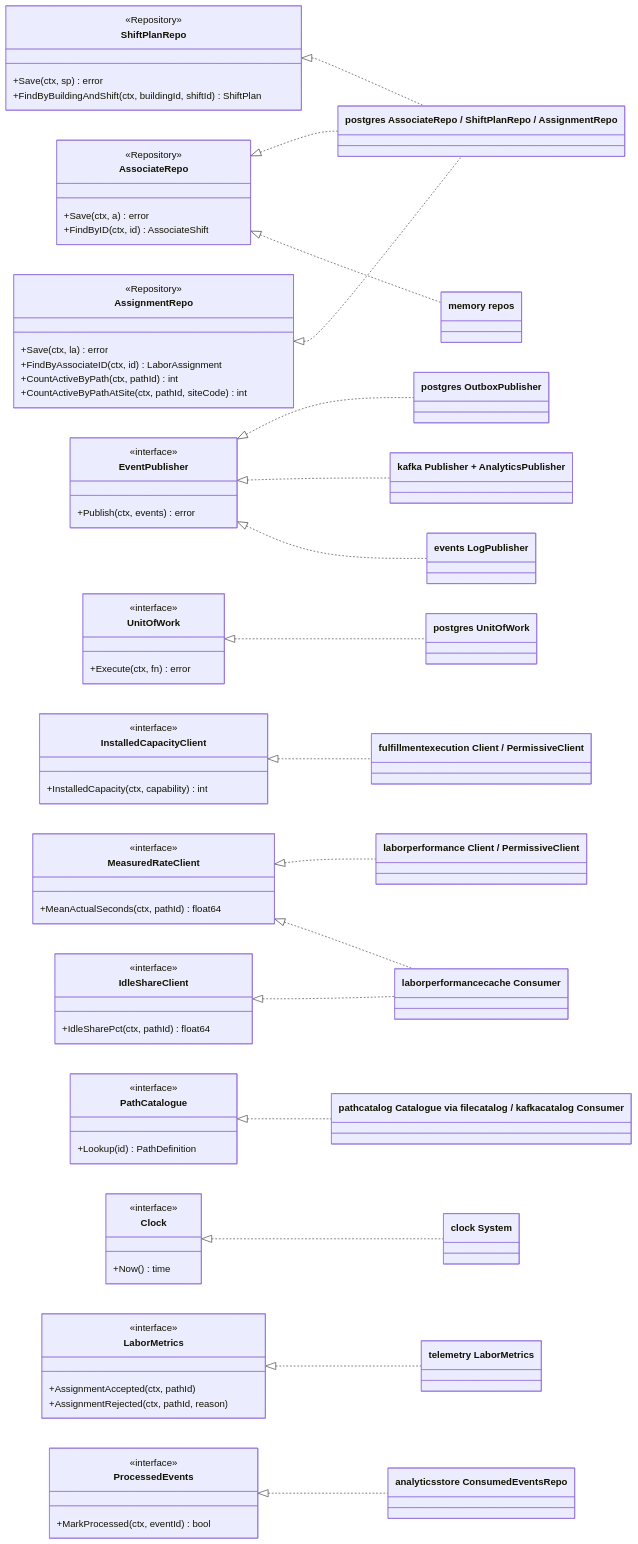
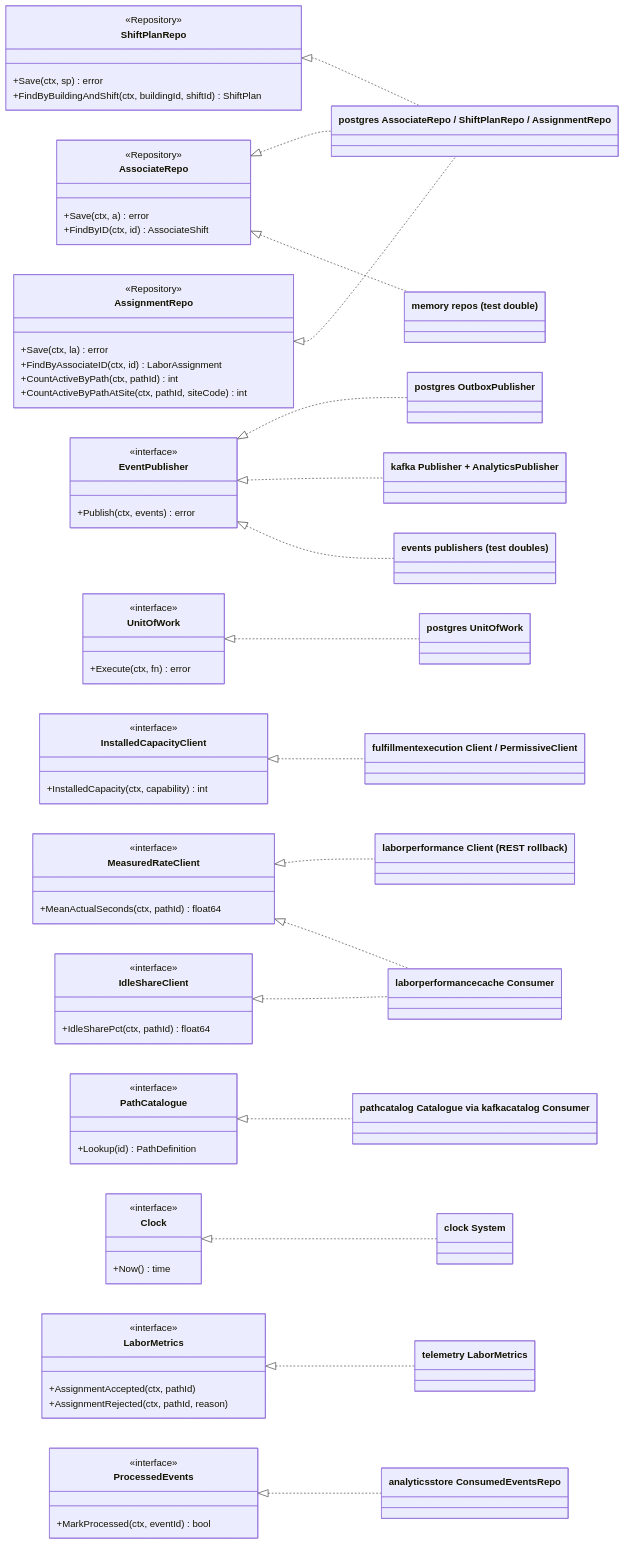
One commit to IQVO/warehouse-docs changed the third of 4 diagrams in docs/contexts/workforce-management/class-diagram.md. Above: the diagram before and after it, drawn with Mermaid. The commit also changed other lines of this file and 237 other files, not shown here.

```diff
--- a/docs/contexts/workforce-management/class-diagram.md
+++ b/docs/contexts/workforce-management/class-diagram.md
@@ -288,15 +288,15 @@
         +MarkProcessed(ctx, eventId) bool
     }
     class PostgresRepos["postgres AssociateRepo / ShiftPlanRepo / AssignmentRepo"]
-    class MemoryRepos["memory repos"]
+    class MemoryRepos["memory repos (test double)"]
     class OutboxPublisher["postgres OutboxPublisher"]
     class KafkaPublishers["kafka Publisher + AnalyticsPublisher"]
-    class LogPublisher["events LogPublisher"]
+    class LogPublisher["events publishers (test doubles)"]
     class PgUnitOfWork["postgres UnitOfWork"]
     class FEClient["fulfillmentexecution Client / PermissiveClient"]
-    class LPClient["laborperformance Client / PermissiveClient"]
+    class LPClient["laborperformance Client (REST rollback)"]
     class LPCache["laborperformancecache Consumer"]
-    class Catalogues["pathcatalog Catalogue via filecatalog / kafkacatalog Consumer"]
+    class Catalogues["pathcatalog Catalogue via kafkacatalog Consumer"]
     class SystemClock["clock System"]
     class Telemetry["telemetry LaborMetrics"]
     class ConsumedEvents["analyticsstore ConsumedEventsRepo"]
```
